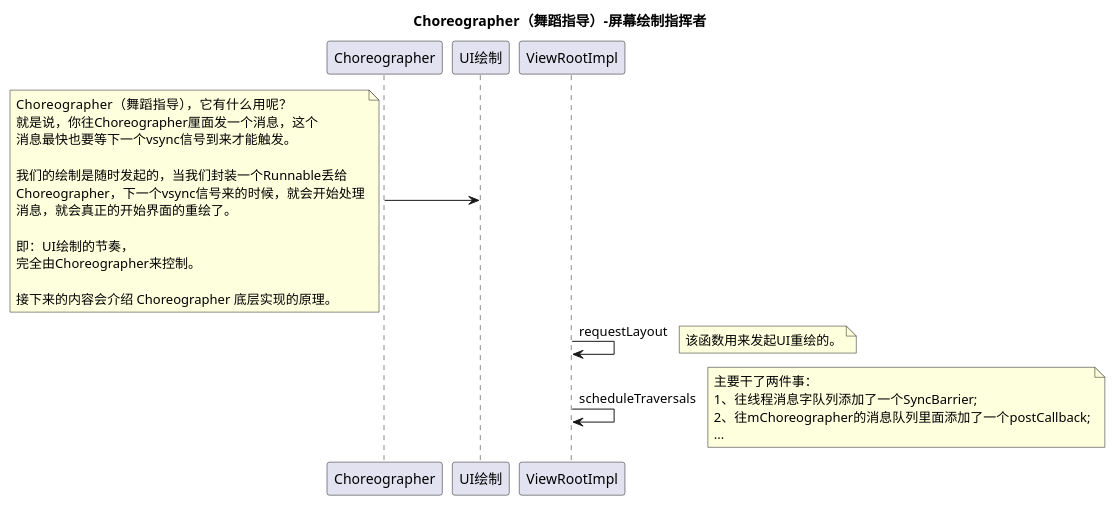
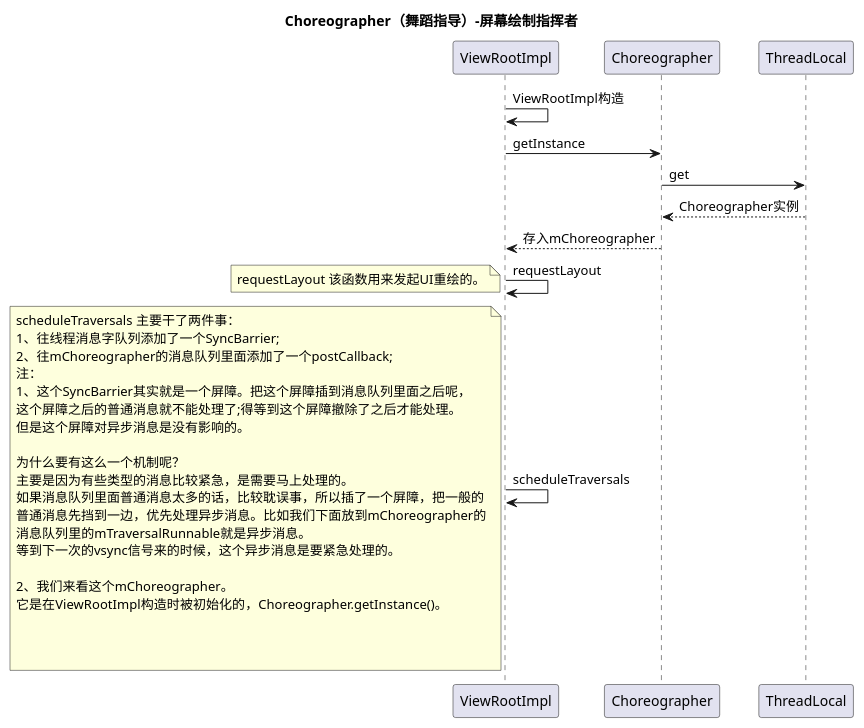
Before and after one commit to KentTJ/ImoocRxJavaStudy: the diagram in Android_framework_UI/Android_UI_刷新机制.puml, drawn with PlantUML.

Commit message:
Choreographer的实现。

```diff
--- a/Android_framework_UI/Android_UI_刷新机制.puml
+++ b/Android_framework_UI/Android_UI_刷新机制.puml
@@ -1,43 +1,58 @@
 @startuml
 title Choreographer（舞蹈指导）-屏幕绘制指挥者
 
-Choreographer -> UI绘制
+/'Choreographer -> UI绘制
 note left
 Choreographer（舞蹈指导），它有什么用呢？
 就是说，你往Choreographer厘面发一个消息，这个
 消息最快也要等下一个vsync信号到来才能触发。
 
 我们的绘制是随时发起的，当我们封装一个Runnable丢给
 Choreographer，下一个vsync信号来的时候，就会开始处理
 消息，就会真正的开始界面的重绘了。
 
 即：UI绘制的节奏，
 完全由Choreographer来控制。
 
 接下来的内容会介绍 Choreographer 底层实现的原理。
-end note
+end note'/
 
 
+ViewRootImpl -> ViewRootImpl: ViewRootImpl构造
+ViewRootImpl -> Choreographer: getInstance
+Choreographer -> ThreadLocal: get
+ThreadLocal --> Choreographer: Choreographer实例
+Choreographer --> ViewRootImpl: 存入mChoreographer
+
 ViewRootImpl -> ViewRootImpl:requestLayout
-note right
-该函数用来发起UI重绘的。
+note left
+requestLayout 该函数用来发起UI重绘的。
 end note
 
 ViewRootImpl -> ViewRootImpl:scheduleTraversals
-note right
-主要干了两件事：
+note left
+scheduleTraversals 主要干了两件事：
 1、往线程消息字队列添加了一个SyncBarrier;
 2、往mChoreographer的消息队列里面添加了一个postCallback;
-...
+注：
+1、这个SyncBarrier其实就是一个屏障。把这个屏障插到消息队列里面之后呢，
+这个屏障之后的普通消息就不能处理了;得等到这个屏障撤除了之后才能处理。
+但是这个屏障对异步消息是没有影响的。
+
+为什么要有这么一个机制呢？
+主要是因为有些类型的消息比较紧急，是需要马上处理的。
+如果消息队列里面普通消息太多的话，比较耽误事，所以插了一个屏障，把一般的
+普通消息先挡到一边，优先处理异步消息。比如我们下面放到mChoreographer的
+消息队列里的mTraversalRunnable就是异步消息。
+等到下一次的vsync信号来的时候，这个异步消息是要紧急处理的。
+
+2、我们来看这个mChoreographer。
+它是在ViewRootImpl构造时被初始化的，Choreographer.getInstance()。
+
+
+
 end note
 
 
 
-
-/'Alice -> Bob: Authentication Request
-Bob --> Alice: Authentication Response
-
-Alice -> Bob: Another authentication Request
-Alice <-- Bob: another authentication Response'/
-
 @enduml
```
